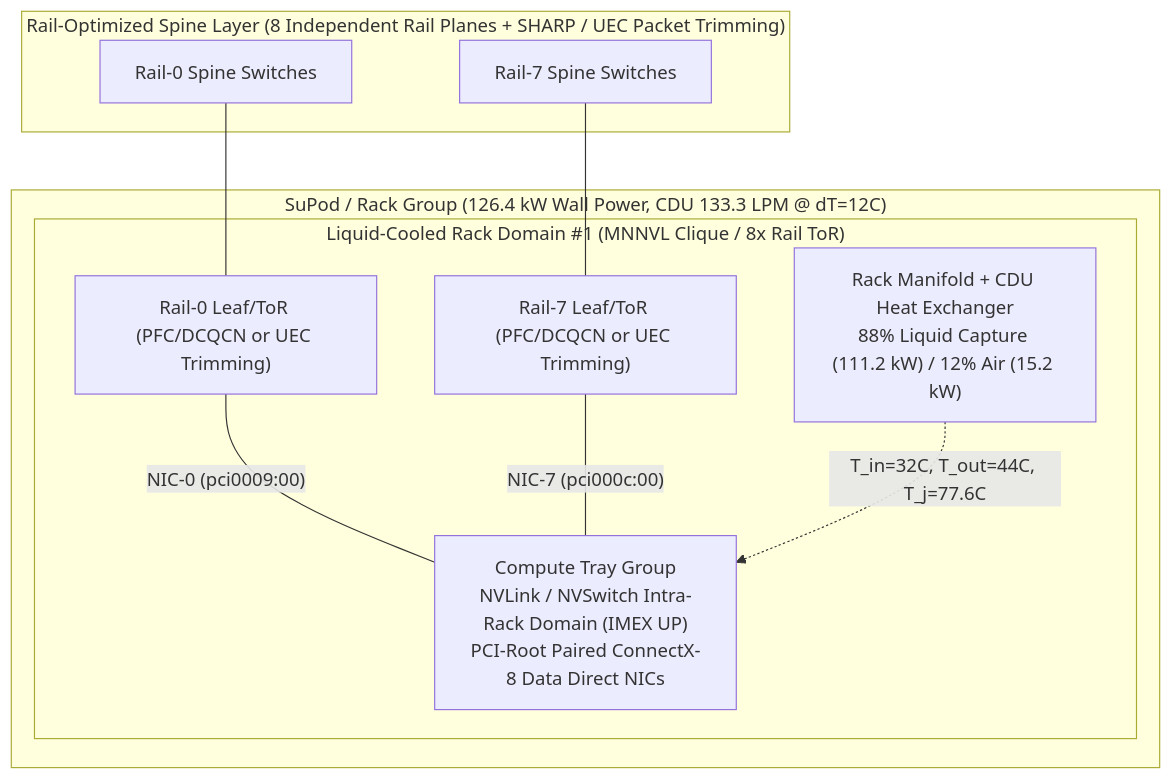
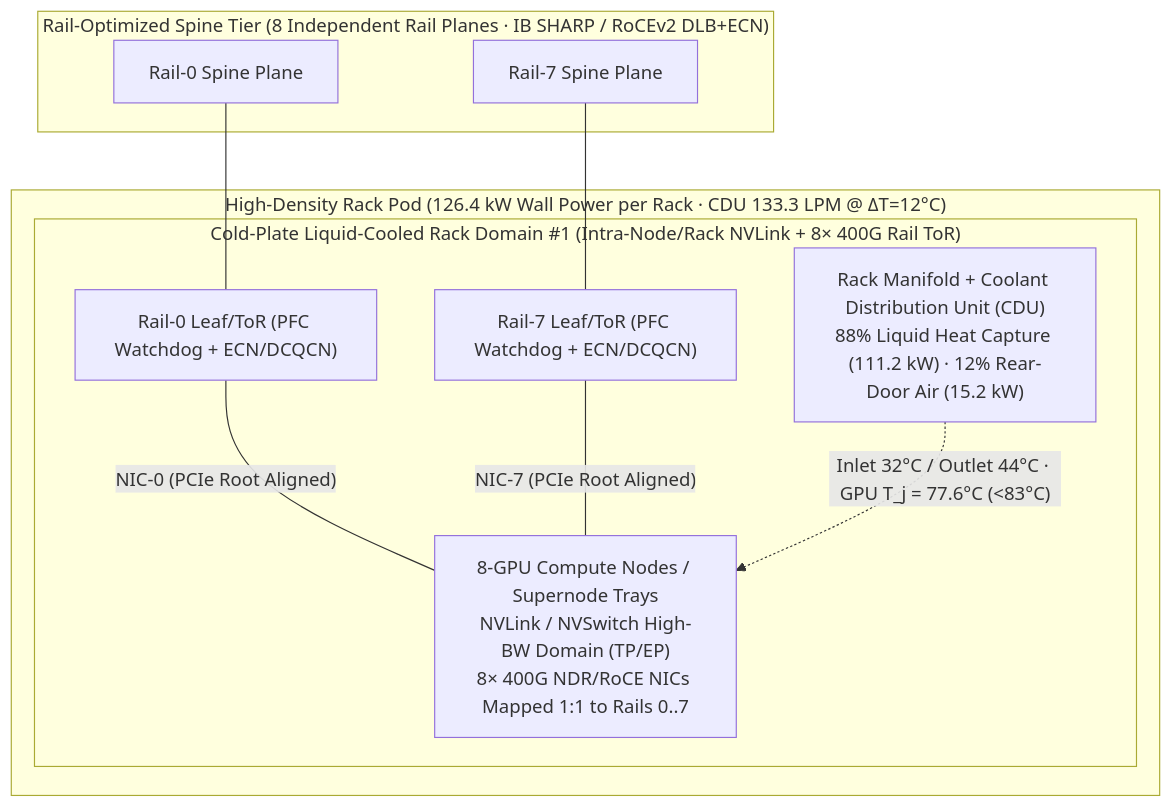
One commit to turbo998/ai-infra-research changed the second of 3 diagrams in docs/architectures/end-to-end-ai-infra-case.en.md. Above: the diagram before and after it, drawn with Mermaid. The commit also changed other lines of this file and 6333 other files, not shown here.

````diff
--- a/docs/architectures/end-to-end-ai-infra-case.en.md
+++ b/docs/architectures/end-to-end-ai-infra-case.en.md
@@ -48,22 +43,22 @@
 ```mermaid
 flowchart TB
-    subgraph Spine["Rail-Optimized Spine Layer (8 Independent Rail Planes + SHARP / UEC Packet Trimming)"]
-        S0["Rail-0 Spine Switches"]
-        S7["Rail-7 Spine Switches"]
+    subgraph Spine["Rail-Optimized Spine Tier (8 Independent Rail Planes · IB SHARP / RoCEv2 DLB+ECN)"]
+        S0["Rail-0 Spine Plane"]
+        S7["Rail-7 Spine Plane"]
     end
 
-    subgraph Pod["SuPod / Rack Group (126.4 kW Wall Power, CDU 133.3 LPM @ dT=12C)"]
-        subgraph Rack1["Liquid-Cooled Rack Domain #1 (MNNVL Clique / 8x Rail ToR)"]
-            ToR0["Rail-0 Leaf/ToR (PFC/DCQCN or UEC Trimming)"]
-            ToR7["Rail-7 Leaf/ToR (PFC/DCQCN or UEC Trimming)"]
-            Node1["Compute Tray Group<br/>NVLink / NVSwitch Intra-Rack Domain (IMEX UP)<br/>PCI-Root Paired ConnectX-8 Data Direct NICs"]
-            CDU1["Rack Manifold + CDU Heat Exchanger<br/>88% Liquid Capture (111.2 kW) / 12% Air (15.2 kW)"]
+    subgraph Pod["High-Density Rack Pod (126.4 kW Wall Power per Rack · CDU 133.3 LPM @ ΔT=12°C)"]
+        subgraph Rack1["Cold-Plate Liquid-Cooled Rack Domain #1 (Intra-Node/Rack NVLink + 8× 400G Rail ToR)"]
+            ToR0["Rail-0 Leaf/ToR (PFC Watchdog + ECN/DCQCN)"]
+            ToR7["Rail-7 Leaf/ToR (PFC Watchdog + ECN/DCQCN)"]
+            Node1["8-GPU Compute Nodes / Supernode Trays<br/>NVLink / NVSwitch High-BW Domain (TP/EP)<br/>8× 400G NDR/RoCE NICs Mapped 1:1 to Rails 0..7"]
+            CDU1["Rack Manifold + Coolant Distribution Unit (CDU)<br/>88% Liquid Heat Capture (111.2 kW) · 12% Rear-Door Air (15.2 kW)"]
         end
     end
 
     S0 --- ToR0
     S7 --- ToR7
-    ToR0 ---|"NIC-0 (pci0009:00)"| Node1
-    ToR7 ---|"NIC-7 (pci000c:00)"| Node1
-    CDU1 -.->|"T_in=32C, T_out=44C, T_j=77.6C"| Node1
+    ToR0 ---|"NIC-0 (PCIe Root Aligned)"| Node1
+    ToR7 ---|"NIC-7 (PCIe Root Aligned)"| Node1
+    CDU1 -.->|"Inlet 32°C / Outlet 44°C · GPU T_j = 77.6°C (<83°C)"| Node1
 ```
````
